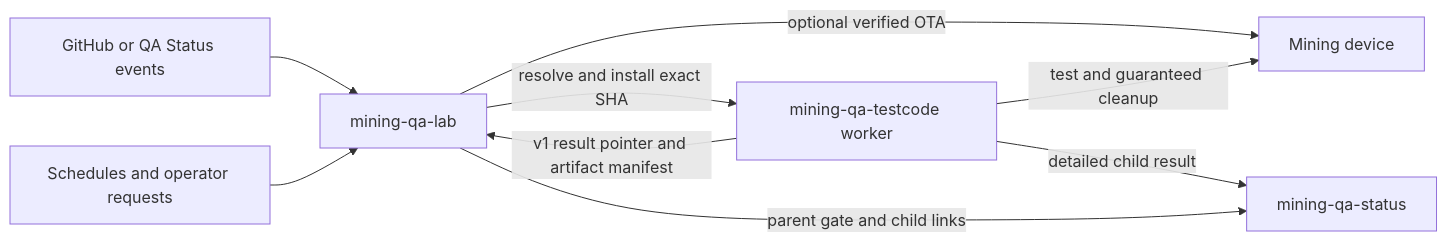
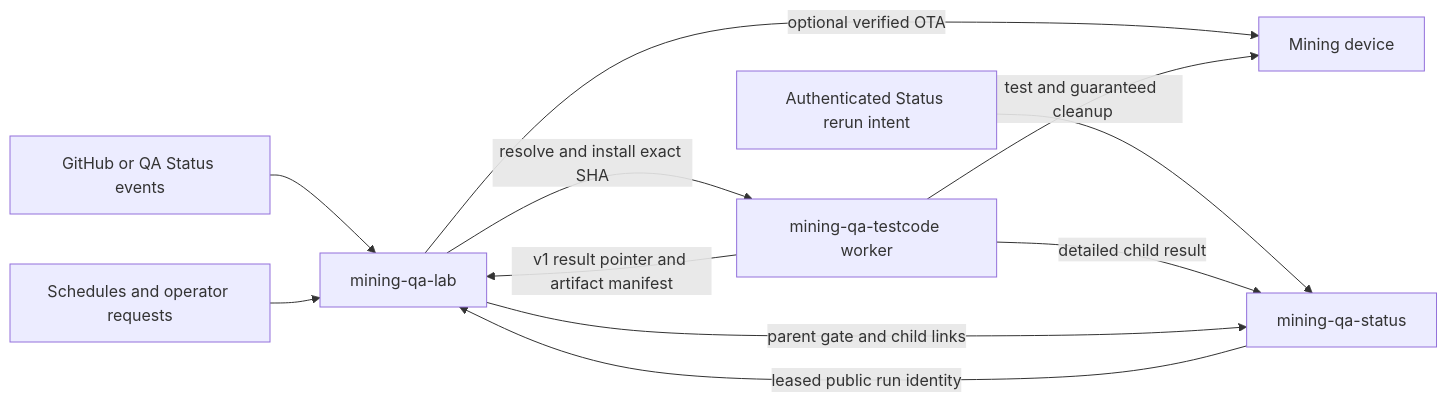
One commit to johnny9/mining-qa-lab changed the diagram in specs/OVERVIEW.md. Above: the diagram before and after it, drawn with Mermaid. The commit also changed other lines of this file and 21 other files, not shown here.

First line of the commit message:
Poll and schedule authenticated rerun requests

````diff
--- a/specs/OVERVIEW.md
+++ b/specs/OVERVIEW.md
@@ -57,11 +59,13 @@
 ```mermaid
 flowchart LR
     E["GitHub or QA Status events"] --> L["mining-qa-lab"]
     O["Schedules and operator requests"] --> L
+    U["Authenticated Status rerun intent"] --> Q
+    Q -->|"leased public run identity"| L
     L -->|"resolve and install exact SHA"| T["mining-qa-testcode worker"]
     L -->|"optional verified OTA"| D["Mining device"]
     T -->|"test and guaranteed cleanup"| D
     T -->|"detailed child result"| Q["mining-qa-status"]
     T -->|"v1 result pointer and artifact manifest"| L
     L -->|"parent gate and child links"| Q
 ```
````
